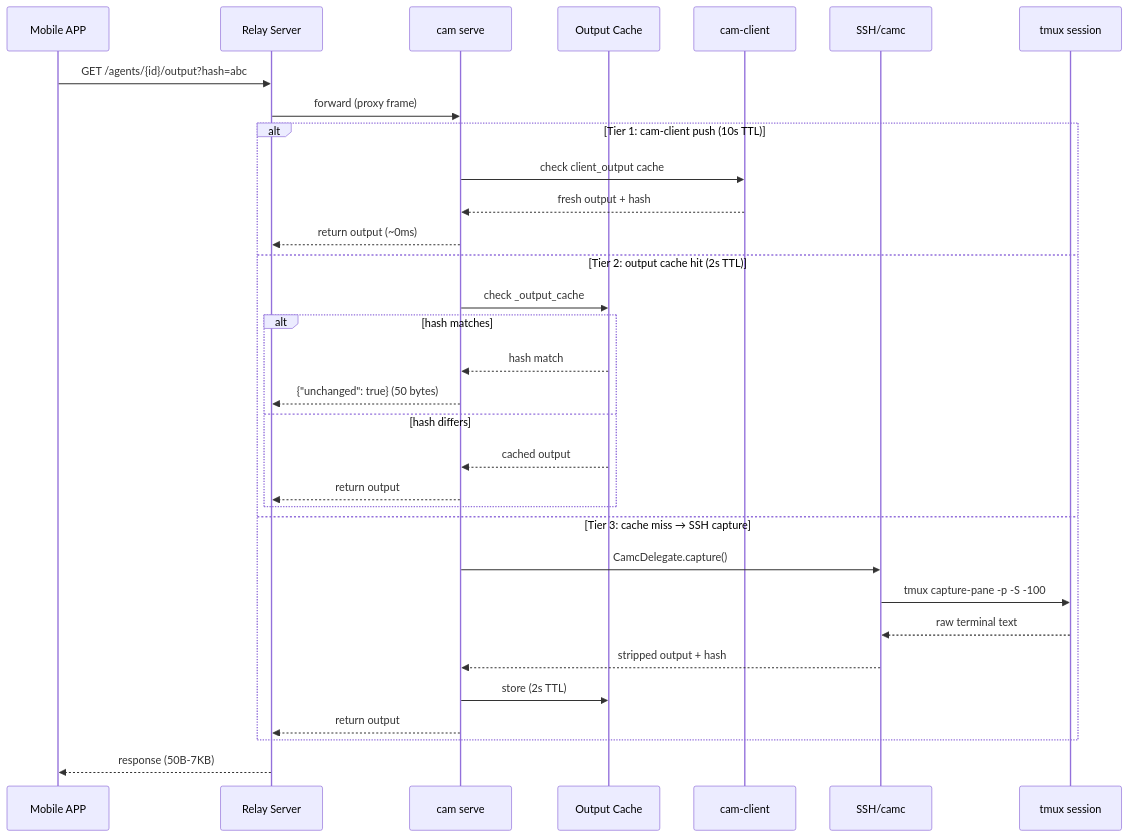
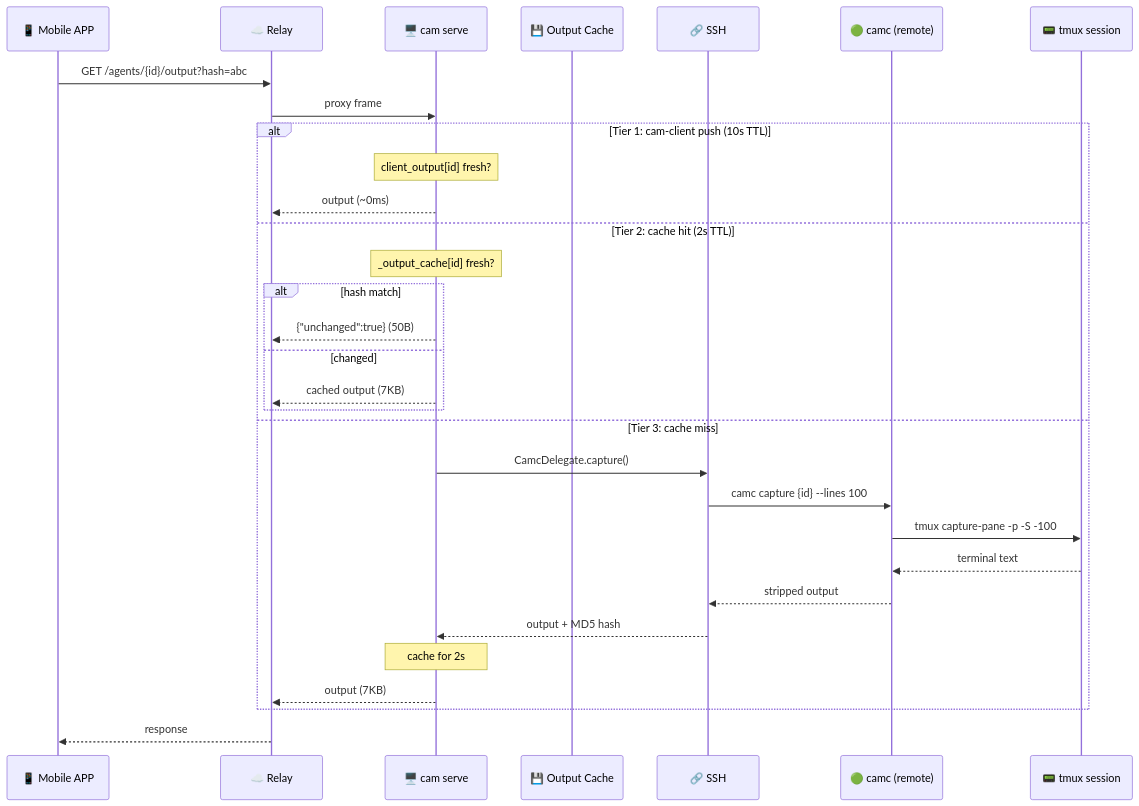
The fourth of 9 diagrams in docs/architecture-mermaid.md (orlunix/cam), drawn with Mermaid before and after one commit. The commit also changed other lines of this file, not shown here.

First line of the commit message:
Rewrite Mermaid diagrams: deployment topology with multiple camc instances

````diff
--- a/docs/architecture-mermaid.md
+++ b/docs/architecture-mermaid.md
@@ -115,37 +308,36 @@
 ```mermaid
 sequenceDiagram
-    participant App as Mobile APP
-    participant Relay as Relay Server
-    participant Serve as cam serve
-    participant Cache as Output Cache
-    participant Client as cam-client
-    participant SSH as SSH/camc
-    participant Tmux as tmux session
+    participant App as 📱 Mobile APP
+    participant Relay as ☁️ Relay
+    participant Serve as 🖥️ cam serve
+    participant Cache as 💾 Output Cache
+    participant SSH as 🔗 SSH
+    participant CAMC as 🟢 camc (remote)
+    participant Tmux as 📟 tmux session
 
     App->>Relay: GET /agents/{id}/output?hash=abc
-    Relay->>Serve: forward (proxy frame)
+    Relay->>Serve: proxy frame
 
     alt Tier 1: cam-client push (10s TTL)
-        Serve->>Client: check client_output cache
-        Client-->>Serve: fresh output + hash
-        Serve-->>Relay: return output (~0ms)
-    else Tier 2: output cache hit (2s TTL)
-        Serve->>Cache: check _output_cache
-        alt hash matches
-            Cache-->>Serve: hash match
-            Serve-->>Relay: {"unchanged": true} (50 bytes)
-        else hash differs
-            Cache-->>Serve: cached output
-            Serve-->>Relay: return output
+        Note over Serve: client_output[id] fresh?
+        Serve-->>Relay: output (~0ms)
+    else Tier 2: cache hit (2s TTL)
+        Note over Serve: _output_cache[id] fresh?
+        alt hash match
+            Serve-->>Relay: {"unchanged":true} (50B)
+        else changed
+            Serve-->>Relay: cached output (7KB)
         end
-    else Tier 3: cache miss → SSH capture
+    else Tier 3: cache miss
         Serve->>SSH: CamcDelegate.capture()
-        SSH->>Tmux: tmux capture-pane -p -S -100
-        Tmux-->>SSH: raw terminal text
-        SSH-->>Serve: stripped output + hash
-        Serve->>Cache: store (2s TTL)
-        Serve-->>Relay: return output
+        SSH->>CAMC: camc capture {id} --lines 100
+        CAMC->>Tmux: tmux capture-pane -p -S -100
+        Tmux-->>CAMC: terminal text
+        CAMC-->>SSH: stripped output
+        SSH-->>Serve: output + MD5 hash
+        Note over Serve: cache for 2s
+        Serve-->>Relay: output (7KB)
     end
 
-    Relay-->>App: response (50B-7KB)
+    Relay-->>App: response
 ```
````
